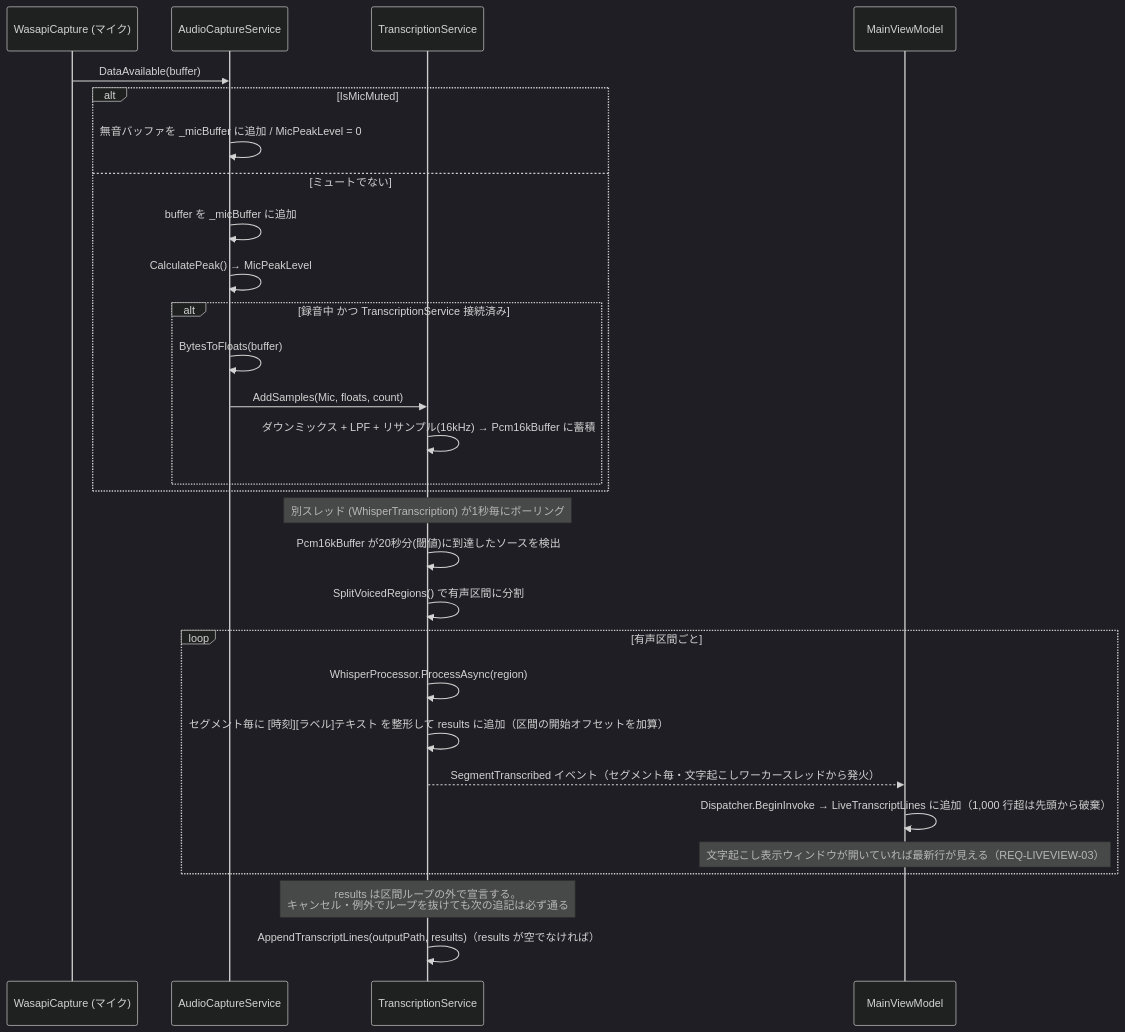
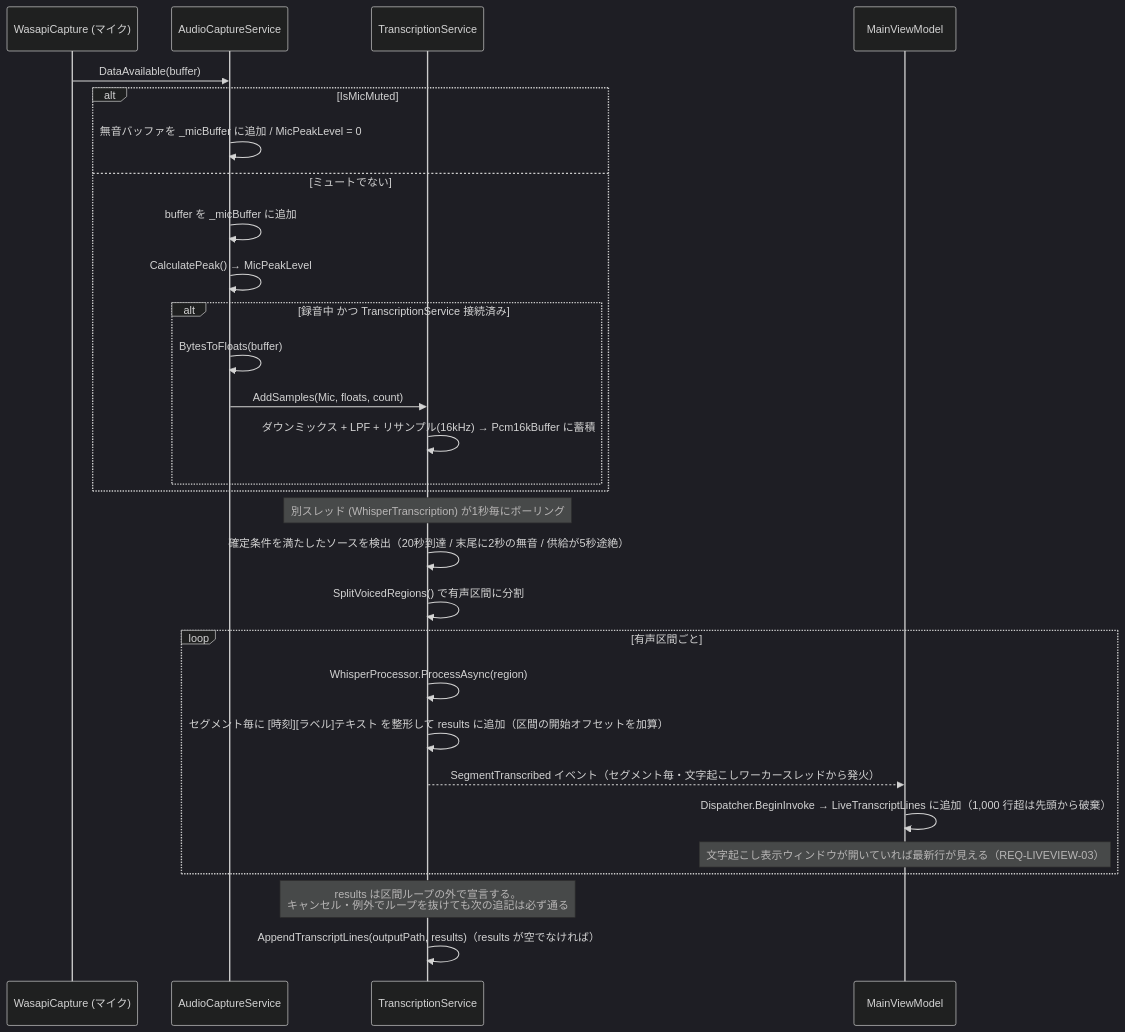
Before and after one commit to otomac/audio-capture-app: the third of 7 diagrams in docs/spec/04_sequence_diagram.md, drawn with Mermaid (dark theme). The commit also changed 5 other files, not shown here.

````diff
--- a/docs/spec/04_sequence_diagram.md
+++ b/docs/spec/04_sequence_diagram.md
@@ -80,33 +80,33 @@
 ```mermaid
 sequenceDiagram
     participant Mic as WasapiCapture (マイク)
     participant ACS as AudioCaptureService
     participant TS as TranscriptionService
     participant VM as MainViewModel
 
     Mic->>ACS: DataAvailable(buffer)
     alt IsMicMuted
         ACS->>ACS: 無音バッファを _micBuffer に追加 / MicPeakLevel = 0
     else ミュートでない
         ACS->>ACS: buffer を _micBuffer に追加
         ACS->>ACS: CalculatePeak() → MicPeakLevel
         alt 録音中 かつ TranscriptionService 接続済み
             ACS->>ACS: BytesToFloats(buffer)
             ACS->>TS: AddSamples(Mic, floats, count)
             TS->>TS: ダウンミックス + LPF + リサンプル(16kHz) → Pcm16kBuffer に蓄積
         end
     end
 
     Note over TS: 別スレッド (WhisperTranscription) が1秒毎にポーリング
-    TS->>TS: Pcm16kBuffer が20秒分(閾値)に到達したソースを検出
+    TS->>TS: 確定条件を満たしたソースを検出（20秒到達 / 末尾に2秒の無音 / 供給が5秒途絶）
     TS->>TS: SplitVoicedRegions() で有声区間に分割
     loop 有声区間ごと
         TS->>TS: WhisperProcessor.ProcessAsync(region)
         TS->>TS: セグメント毎に [時刻][ラベル]テキスト を整形して results に追加（区間の開始オフセットを加算）
         TS-->>VM: SegmentTranscribed イベント（セグメント毎・文字起こしワーカースレッドから発火）
         VM->>VM: Dispatcher.BeginInvoke → LiveTranscriptLines に追加（1,000 行超は先頭から破棄）
         Note over VM: 文字起こし表示ウィンドウが開いていれば最新行が見える（REQ-LIVEVIEW-03）
     end
     Note over TS: results は区間ループの外で宣言する。<br/>キャンセル・例外でループを抜けても次の追記は必ず通る
     TS->>TS: AppendTranscriptLines(outputPath, results)（results が空でなければ）
 ```
````
